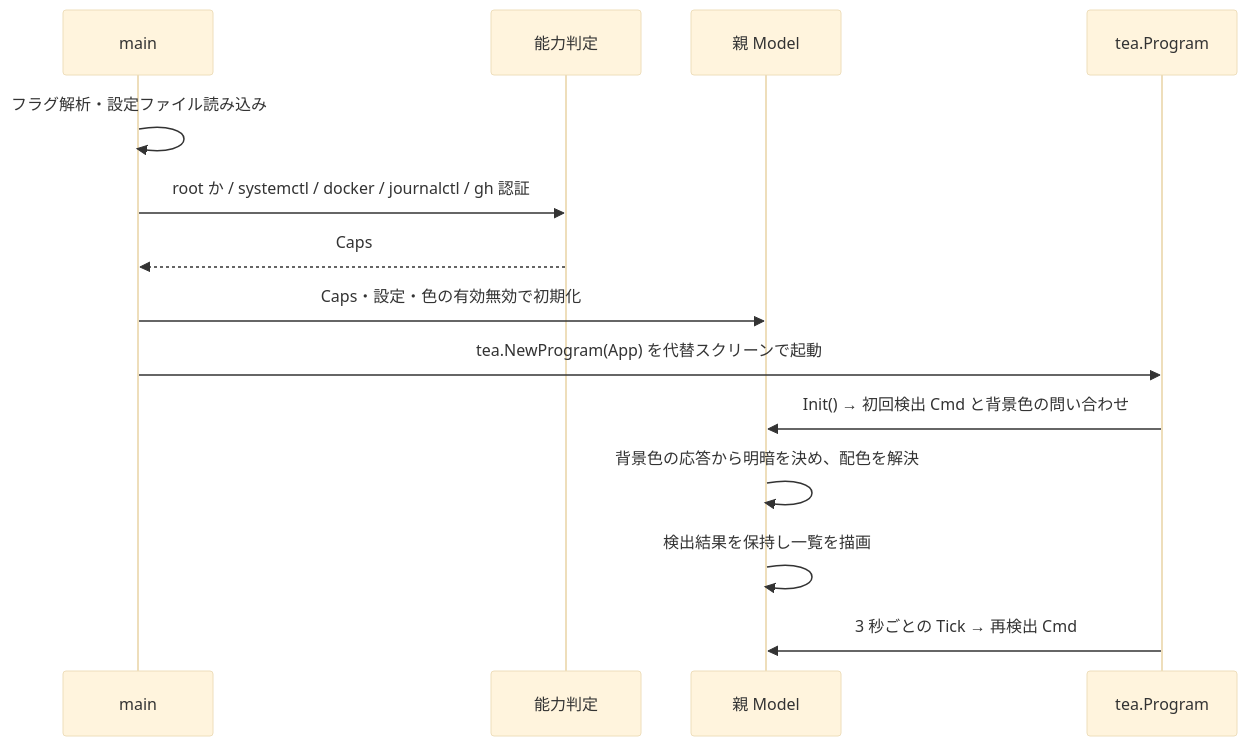
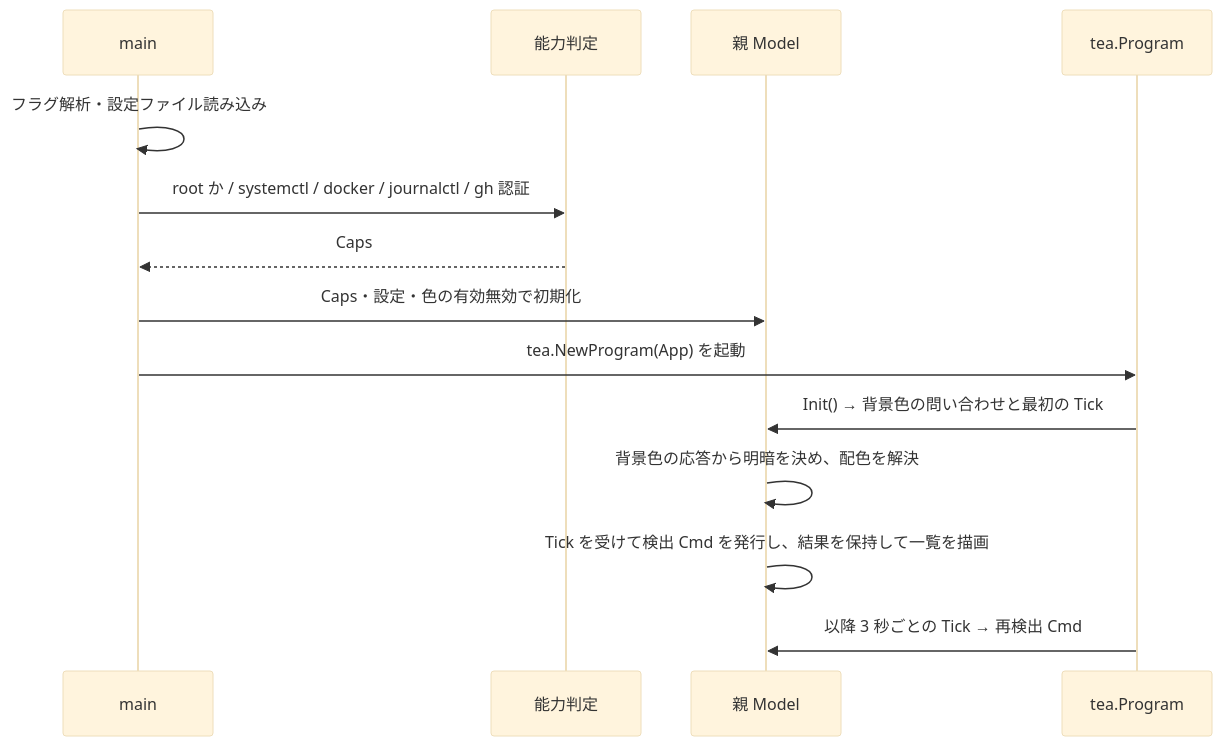
One commit to ousiassllc/gsr-helper changed the second of 4 diagrams in docs/architecture/overview.md. Above: the diagram before and after it, drawn with Mermaid (base theme). The commit also changed other lines of this file, not shown here.

Commit message:
docs: 起動シーケンスの代替スクリーンと初回検出の経路を実装に合わせる

````diff
--- a/docs/architecture/overview.md
+++ b/docs/architecture/overview.md
@@ -76,17 +76,17 @@
 ```mermaid
 sequenceDiagram
     participant Main as main
     participant Caps as 能力判定
     participant App as 親 Model
     participant Tea as tea.Program
 
     Main->>Main: フラグ解析・設定ファイル読み込み
     Main->>Caps: root か / systemctl / docker / journalctl / gh 認証
     Caps-->>Main: Caps
     Main->>App: Caps・設定・色の有効無効で初期化
-    Main->>Tea: tea.NewProgram(App) を代替スクリーンで起動
-    Tea->>App: Init() → 初回検出 Cmd と背景色の問い合わせ
+    Main->>Tea: tea.NewProgram(App) を起動
+    Tea->>App: Init() → 背景色の問い合わせと最初の Tick
     App->>App: 背景色の応答から明暗を決め、配色を解決
-    App->>App: 検出結果を保持し一覧を描画
-    Tea->>App: 3 秒ごとの Tick → 再検出 Cmd
+    App->>App: Tick を受けて検出 Cmd を発行し、結果を保持して一覧を描画
+    Tea->>App: 以降 3 秒ごとの Tick → 再検出 Cmd
 ```
````
